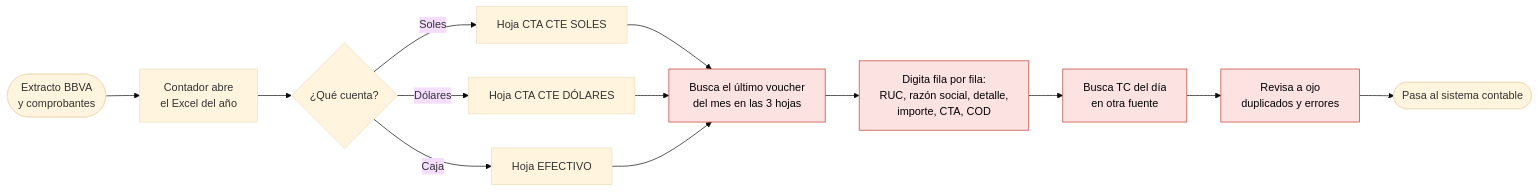
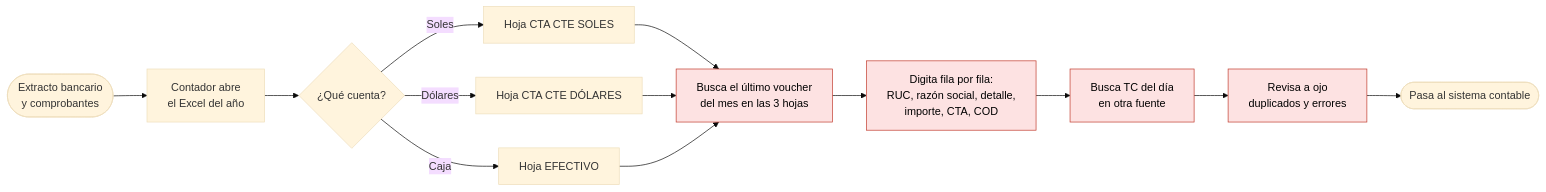
The first of 15 diagrams in README.md (Jose27luis/conciliacion-bancaria), drawn with Mermaid (base theme) before and after one commit. The commit also changed other lines of this file, not shown here.

````diff
--- a/README.md
+++ b/README.md
@@ -102,16 +101,16 @@
 ```mermaid
 flowchart LR
-    A([Extracto BBVA<br/>y comprobantes]) --> B[Contador abre<br/>el Excel del año]
+    A([Extracto bancario<br/>y comprobantes]) --> B[Contador abre<br/>el Excel del año]
     B --> C{¿Qué cuenta?}
     C -->|Soles| D[Hoja CTA CTE SOLES]
     C -->|Dólares| E[Hoja CTA CTE DÓLARES]
     C -->|Caja| F[Hoja EFECTIVO]
     D & E & F --> G[Busca el último voucher<br/>del mes en las 3 hojas]
     G --> H[Digita fila por fila:<br/>RUC, razón social, detalle,<br/>importe, CTA, COD]
     H --> I[Busca TC del día<br/>en otra fuente]
     I --> J[Revisa a ojo<br/>duplicados y errores]
     J --> K([Pasa al sistema contable])
 
     classDef manual fill:#fde2e2,stroke:#c0392b,color:#000
     class G,H,I,J manual
 ```
````
